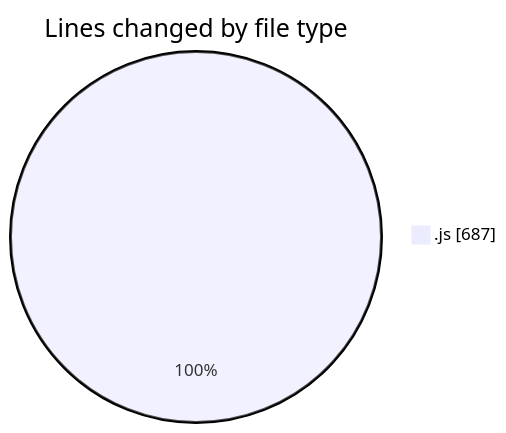
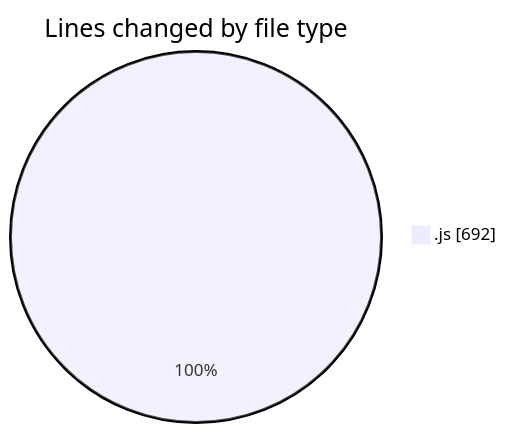
One commit to BS-eng2023/code-tracking changed the first of 2 diagrams in 2025-04-03/jsvms/README.md. Above: the diagram before and after it, drawn with Mermaid. The commit also changed other lines of this file and 1 other file, not shown here.

````diff
--- a/2025-04-03/jsvms/README.md
+++ b/2025-04-03/jsvms/README.md
@@ -25,5 +25,5 @@
 ```mermaid
 pie showData
 title Lines changed by file type
-".js" : 687
+".js" : 692
 ```
````
